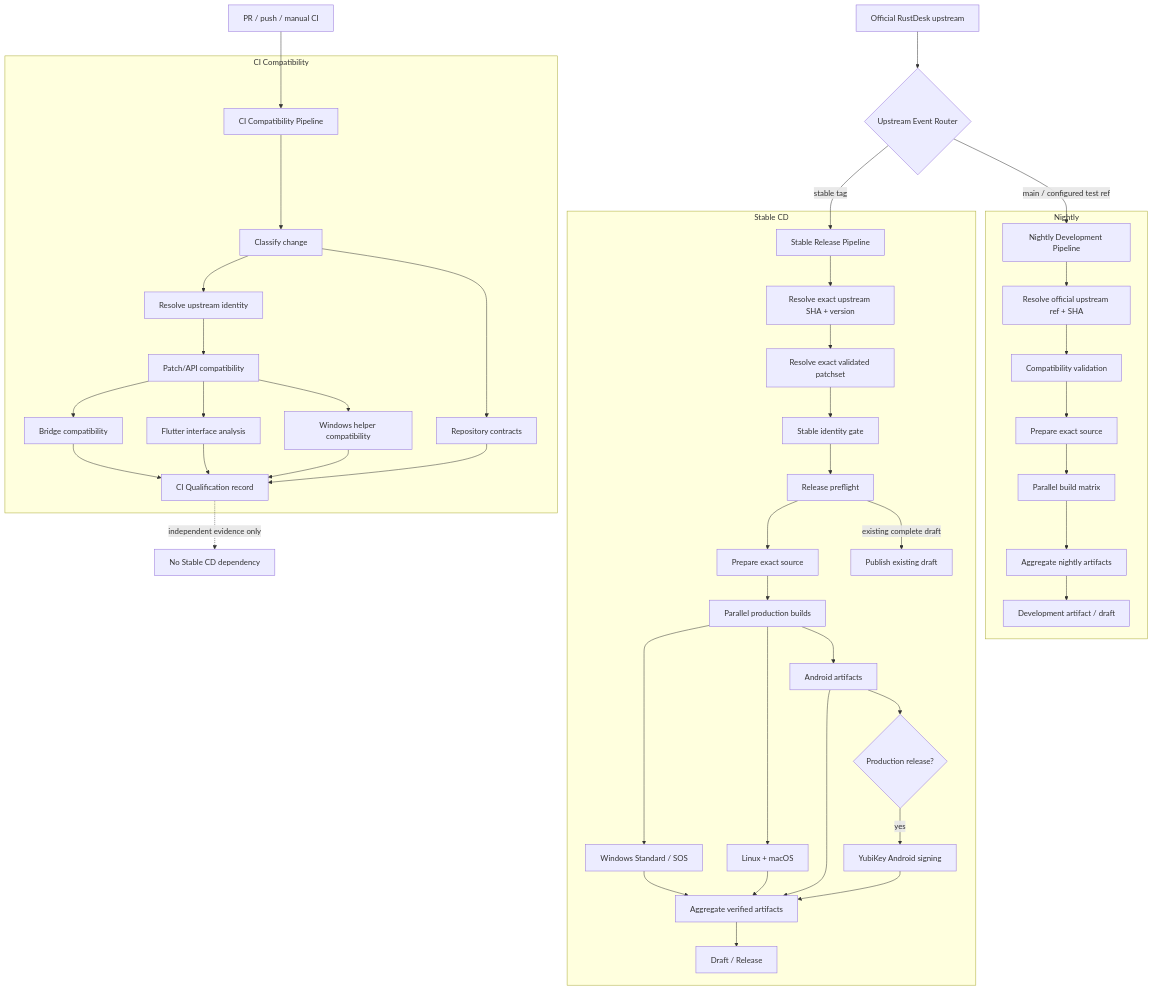
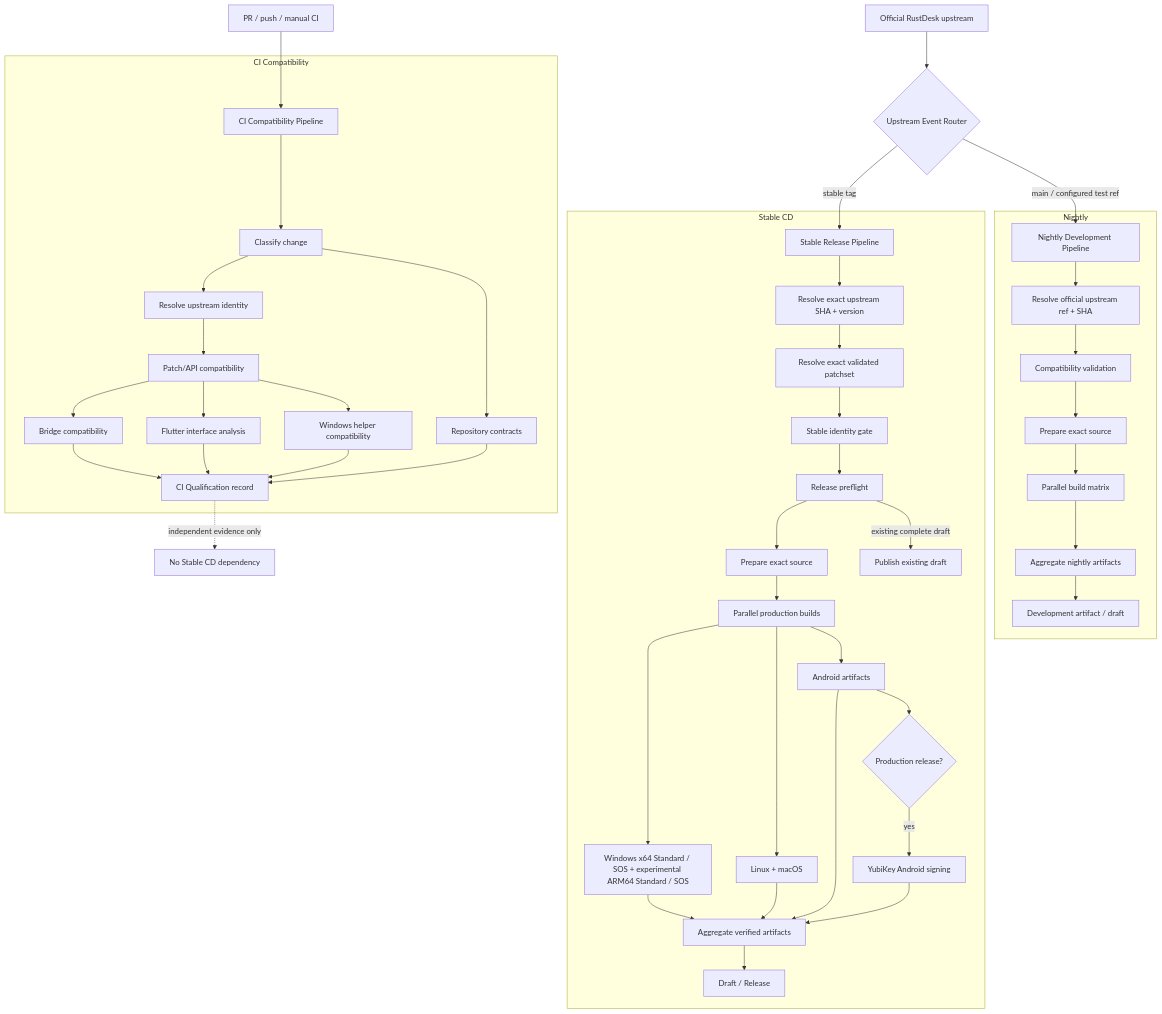
The diagram in docs/architecture/ci-cd-flow.md (billradar/rustdesk-custom), drawn with Mermaid before and after one commit. The commit also changed other lines of this file and 16 other files, not shown here.

Commit message:
feat: add experimental Windows ARM64 builds

````diff
--- a/docs/architecture/ci-cd-flow.md
+++ b/docs/architecture/ci-cd-flow.md
@@ -13,52 +13,52 @@
 ```mermaid
 flowchart TD
     U[Official RustDesk upstream] --> R{Upstream Event Router}
     R -->|stable tag| S[Stable Release Pipeline]
     R -->|main / configured test ref| N[Nightly Development Pipeline]
     PR[PR / push / manual CI] --> C[CI Compatibility Pipeline]
 
     subgraph STABLE[Stable CD]
       S --> SR[Resolve exact upstream SHA + version]
       SR --> SP[Resolve exact validated patchset]
       SP --> SF[Stable identity gate]
       SF --> PF[Release preflight]
       PF --> PS[Prepare exact source]
       PS --> B[Parallel production builds]
-      B --> BW[Windows Standard / SOS]
+      B --> BW[Windows x64 Standard / SOS + experimental ARM64 Standard / SOS]
       B --> BP[Linux + macOS]
       B --> BA[Android artifacts]
       BW --> A[Aggregate verified artifacts]
       BP --> A
       BA --> A
       BA --> AS{Production release?}
       AS -->|yes| Y[YubiKey Android signing]
       Y --> A
       A --> D[Draft / Release]
       PF -->|existing complete draft| PE[Publish existing draft]
     end
 
     subgraph NIGHTLY[Nightly]
       N --> NR[Resolve official upstream ref + SHA]
       NR --> NC[Compatibility validation]
       NC --> NP[Prepare exact source]
       NP --> NB[Parallel build matrix]
       NB --> NA[Aggregate nightly artifacts]
       NA --> ND[Development artifact / draft]
     end
 
     subgraph CI[CI Compatibility]
       C --> CC[Classify change]
       CC --> CR[Resolve upstream identity]
       CR --> CX[Patch/API compatibility]
       CX --> CB[Bridge compatibility]
       CX --> CF[Flutter interface analysis]
       CX --> CH[Windows helper compatibility]
       CC --> CT[Repository contracts]
       CB --> CQ[CI Qualification record]
       CF --> CQ
       CH --> CQ
       CT --> CQ
     end
 
     CQ -. independent evidence only .-> X[No Stable CD dependency]
 ```
````
